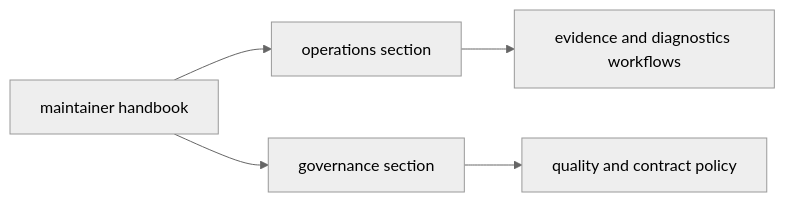
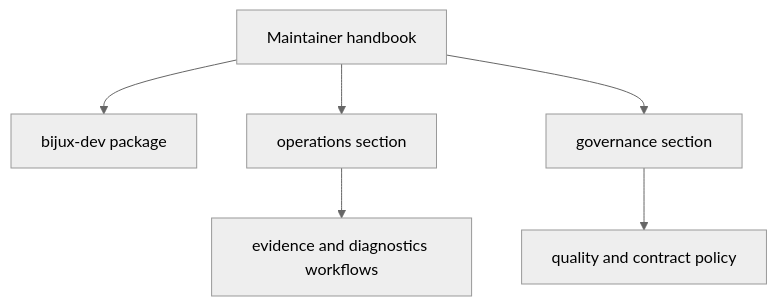
One commit to bijux/bijux-cli changed the diagram in docs/bijux-dev/index.md. Above: the diagram before and after it, drawn with Mermaid (neutral theme). The commit also changed other lines of this file and 4 other files, not shown here.

Commit message:
docs(landing): align handbook entry pages with the package split

````diff
--- a/docs/bijux-dev/index.md
+++ b/docs/bijux-dev/index.md
@@ -17,7 +23,9 @@
 ```mermaid
-flowchart LR
-    handbook[maintainer handbook] --> operations[operations section]
-    handbook --> governance[governance section]
-    operations --> evidence[evidence and diagnostics workflows]
-    governance --> policy[quality and contract policy]
+flowchart TB
+    handbook["Maintainer handbook"]
+    handbook --> package["bijux-dev package"]
+    handbook --> operations["operations section"]
+    handbook --> governance["governance section"]
+    operations --> evidence["evidence and diagnostics workflows"]
+    governance --> policy["quality and contract policy"]
 ```
````
